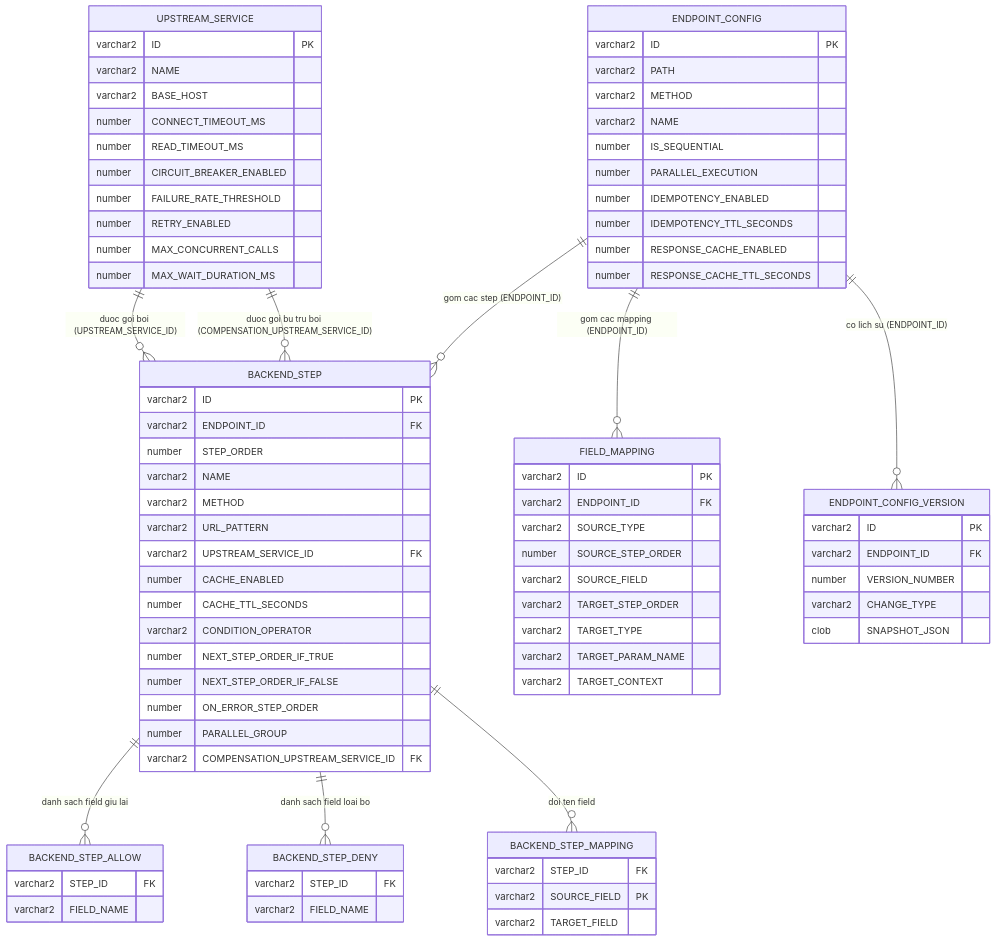
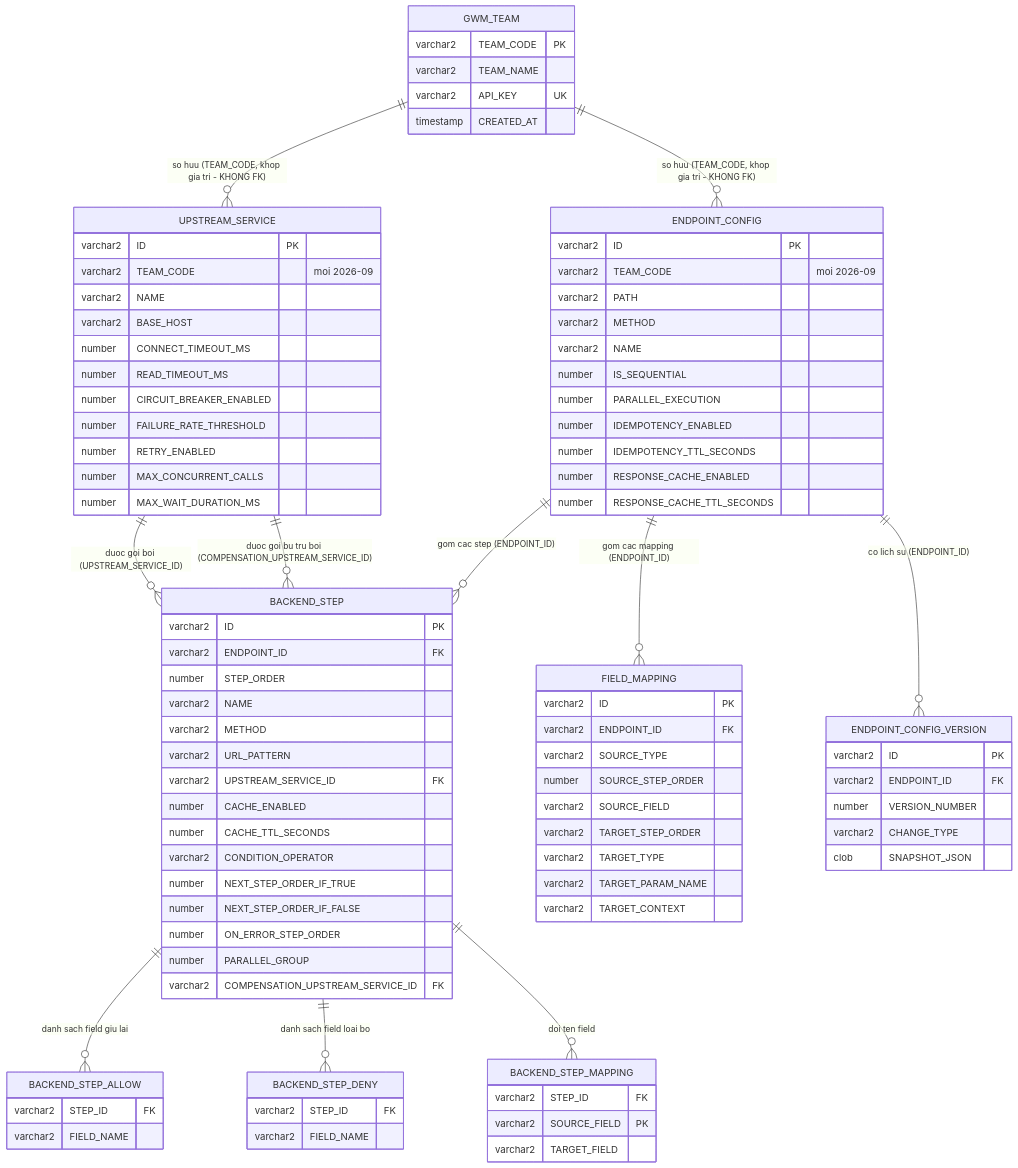
One commit to namlt24/product_4.0_02082026 changed the diagram in krakend-gateway-manager/docs/DBDD-Gateway-Manager.md. Above: the diagram before and after it, drawn with Mermaid. The commit also changed other lines of this file and 33 other files, not shown here.

````diff
--- a/krakend-gateway-manager/docs/DBDD-Gateway-Manager.md
+++ b/krakend-gateway-manager/docs/DBDD-Gateway-Manager.md
@@ -47,5 +55,7 @@
 ```mermaid
 erDiagram
+    GWM_TEAM ||--o{ UPSTREAM_SERVICE : "so huu (TEAM_CODE, khop gia tri - KHONG FK)"
+    GWM_TEAM ||--o{ ENDPOINT_CONFIG : "so huu (TEAM_CODE, khop gia tri - KHONG FK)"
     UPSTREAM_SERVICE ||--o{ BACKEND_STEP : "duoc goi boi (UPSTREAM_SERVICE_ID)"
     UPSTREAM_SERVICE ||--o{ BACKEND_STEP : "duoc goi bu tru boi (COMPENSATION_UPSTREAM_SERVICE_ID)"
     ENDPOINT_CONFIG ||--o{ BACKEND_STEP : "gom cac step (ENDPOINT_ID)"
@@ -55,8 +65,16 @@
     BACKEND_STEP ||--o{ BACKEND_STEP_DENY : "danh sach field loai bo"
     BACKEND_STEP ||--o{ BACKEND_STEP_MAPPING : "doi ten field"
 
+    GWM_TEAM {
+        varchar2 TEAM_CODE PK
+        varchar2 TEAM_NAME
+        varchar2 API_KEY UK
+        timestamp CREATED_AT
+    }
+
     UPSTREAM_SERVICE {
         varchar2 ID PK
+        varchar2 TEAM_CODE "moi 2026-09"
         varchar2 NAME
         varchar2 BASE_HOST
         number CONNECT_TIMEOUT_MS
@@ -70,6 +88,7 @@
 
     ENDPOINT_CONFIG {
         varchar2 ID PK
+        varchar2 TEAM_CODE "moi 2026-09"
         varchar2 PATH
         varchar2 METHOD
         varchar2 NAME
````
